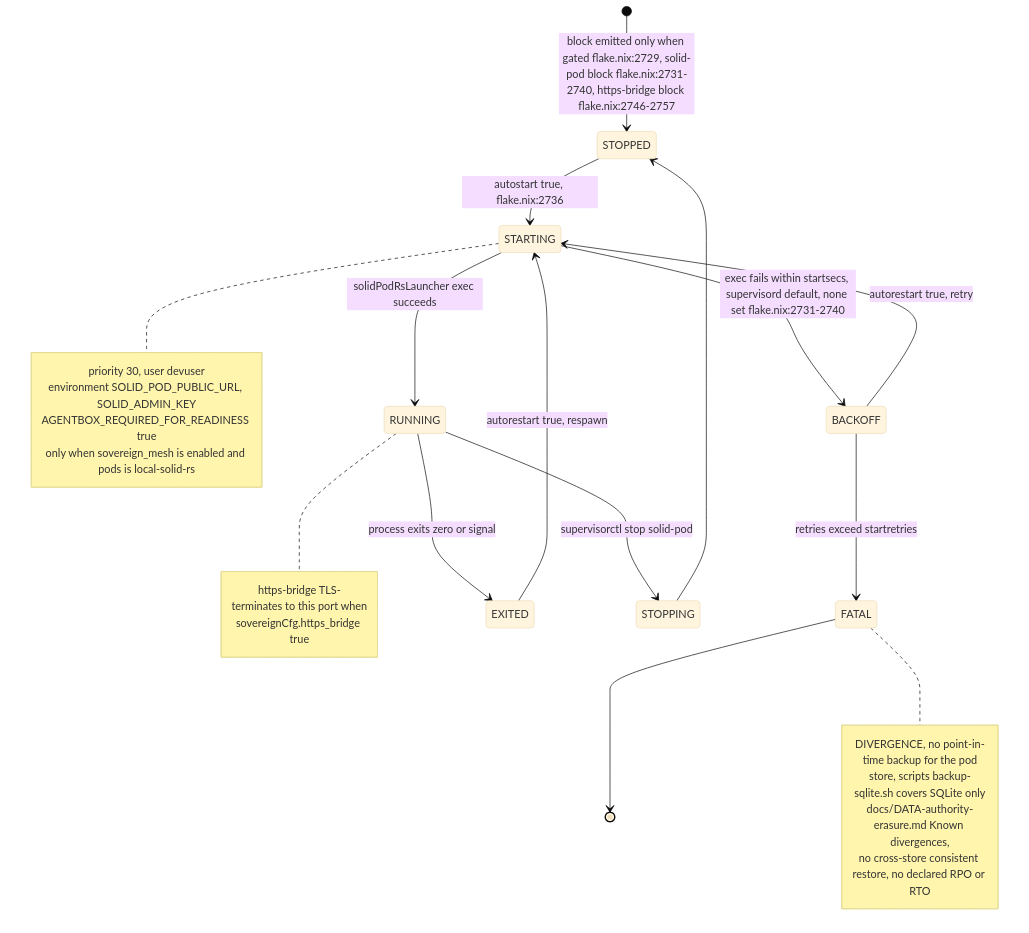
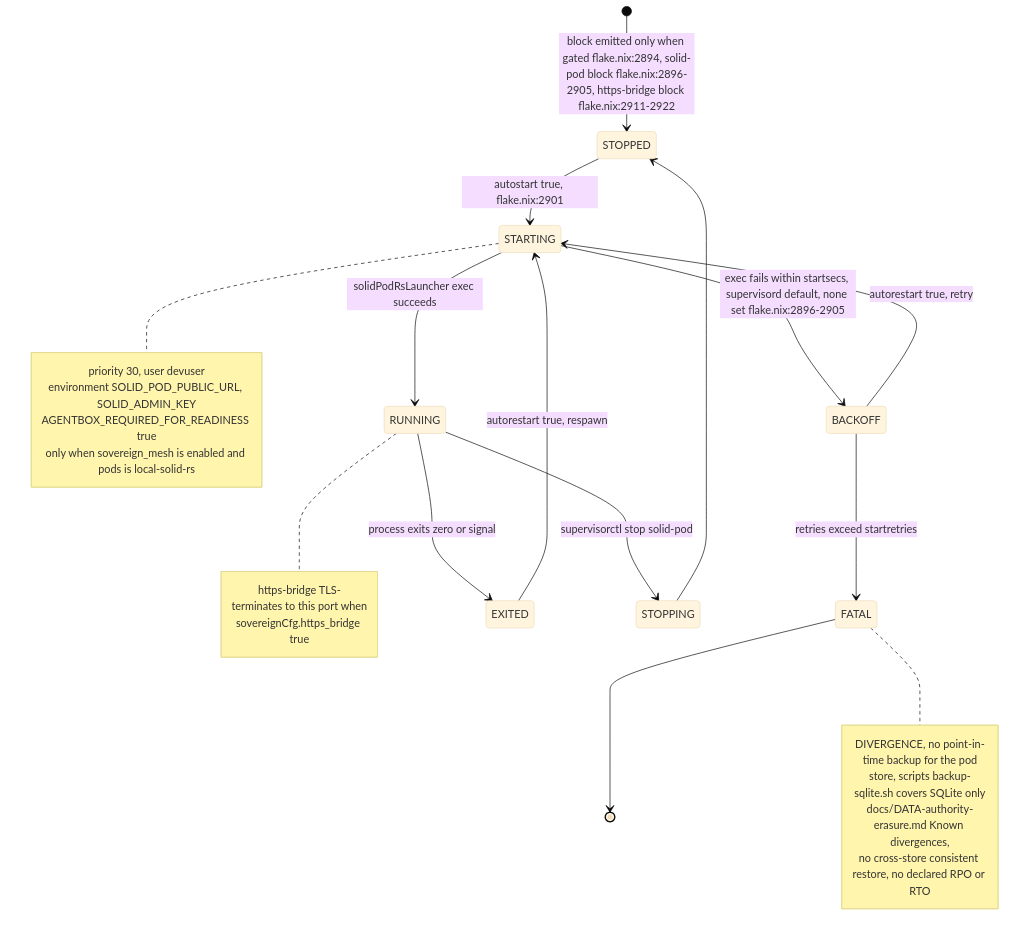
The eighth of 13 diagrams in docs/diagrams/estate/08-solid-pod-estate.md (DreamLab-AI/VisionFlow), drawn with Mermaid (base theme) before and after one commit. The commit also changed other lines of this file and 12 other files, not shown here.

````diff
--- a/docs/diagrams/estate/08-solid-pod-estate.md
+++ b/docs/diagrams/estate/08-solid-pod-estate.md
@@ -414,18 +414,18 @@
 ```mermaid
 stateDiagram-v2
-    [*] --> STOPPED : block emitted only when gated flake.nix:2729, solid-pod block flake.nix:2731-2740, https-bridge block flake.nix:2746-2757
-    STOPPED --> STARTING : autostart true, flake.nix:2736
+    [*] --> STOPPED : block emitted only when gated flake.nix:2894, solid-pod block flake.nix:2896-2905, https-bridge block flake.nix:2911-2922
+    STOPPED --> STARTING : autostart true, flake.nix:2901
     STARTING --> RUNNING : solidPodRsLauncher exec succeeds
-    STARTING --> BACKOFF : exec fails within startsecs, supervisord default, none set flake.nix:2731-2740
+    STARTING --> BACKOFF : exec fails within startsecs, supervisord default, none set flake.nix:2896-2905
     BACKOFF --> STARTING : autorestart true, retry
     BACKOFF --> FATAL : retries exceed startretries
     RUNNING --> EXITED : process exits zero or signal
     RUNNING --> STOPPING : supervisorctl stop solid-pod
     EXITED --> STARTING : autorestart true, respawn
     STOPPING --> STOPPED
     FATAL --> [*]
 
     note right of STARTING : priority 30, user devuser<br/>environment SOLID_POD_PUBLIC_URL, SOLID_ADMIN_KEY<br/>AGENTBOX_REQUIRED_FOR_READINESS true<br/>only when sovereign_mesh is enabled and pods is local-solid-rs
     note right of RUNNING : https-bridge TLS-terminates to this port when<br/>sovereignCfg.https_bridge true
     note right of FATAL : DIVERGENCE, no point-in-time backup for the pod<br/>store, scripts backup-sqlite.sh covers SQLite only<br/>docs/DATA-authority-erasure.md Known divergences,<br/>no cross-store consistent restore, no declared RPO or RTO
 ```
````
